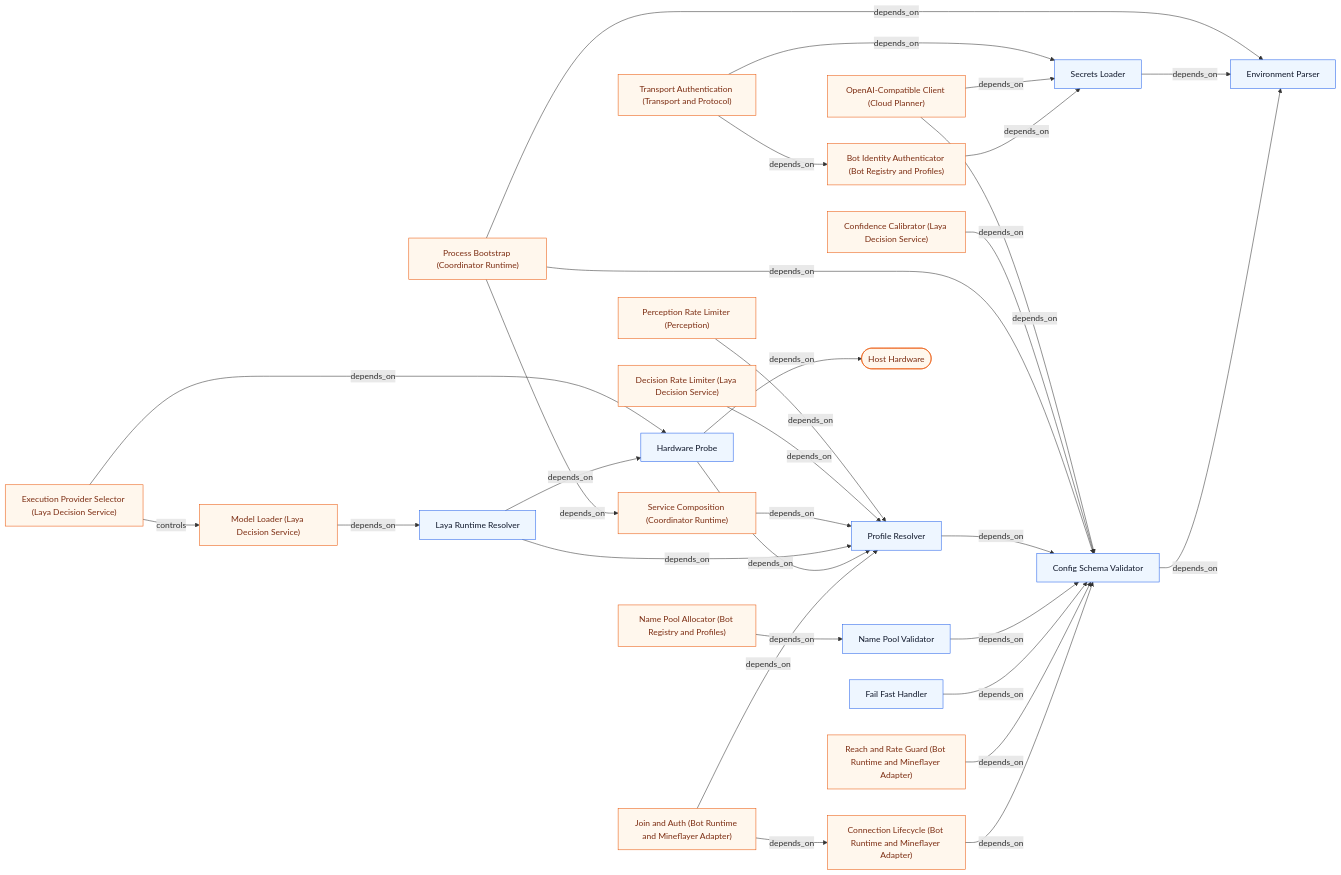
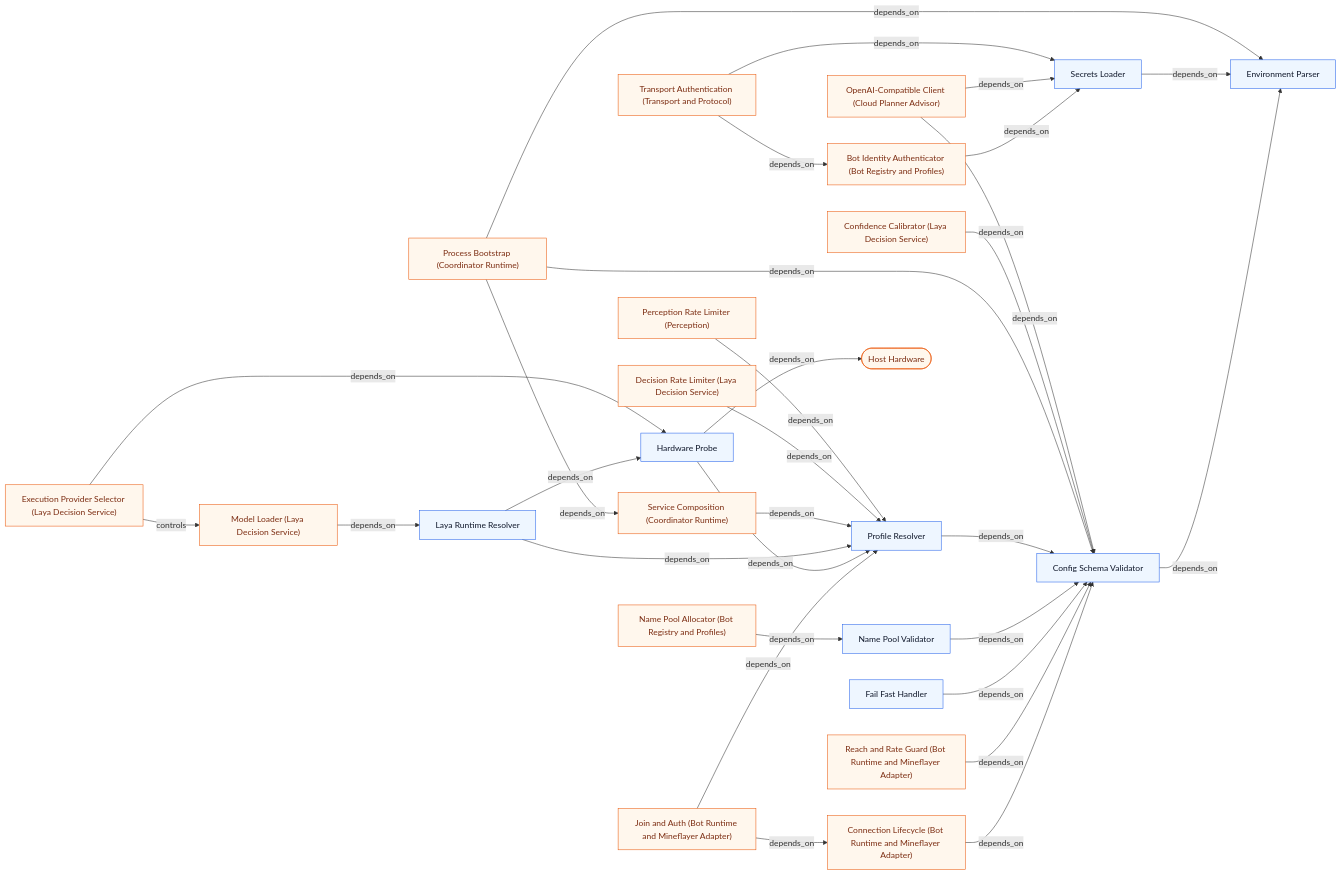
Before and after one commit to TICO-CO/TiCrafter: the diagram in docs/architecture/graphs/system-config.mmd, drawn with Mermaid. The commit also changed 80 other files, not shown here.

```diff
--- a/docs/architecture/graphs/system-config.mmd
+++ b/docs/architecture/graphs/system-config.mmd
@@ -1,57 +1,57 @@
 flowchart LR
-n142["Environment Parser"]
-n141["Config Schema Validator"]
-n147["Profile Resolver"]
-n225["Hardware Probe"]
-n157["Secrets Loader"]
-n204["Name Pool Validator"]
-n226["Laya Runtime Resolver"]
-n250["Fail Fast Handler"]
-n53["Connection Lifecycle (Bot Runtime and Mineflayer Adapter)"]
-n107["Join and Auth (Bot Runtime and Mineflayer Adapter)"]
-n108["Reach and Rate Guard (Bot Runtime and Mineflayer Adapter)"]
-n148["Bot Identity Authenticator (Bot Registry and Profiles)"]
-n203["Name Pool Allocator (Bot Registry and Profiles)"]
-n26(["Host Hardware"])
-n68["Process Bootstrap (Coordinator Runtime)"]
-n69["Service Composition (Coordinator Runtime)"]
-n38["Confidence Calibrator (Laya Decision Service)"]
-n34["Execution Provider Selector (Laya Decision Service)"]
-n33["Model Loader (Laya Decision Service)"]
-n73["Decision Rate Limiter (Laya Decision Service)"]
-n223["Perception Rate Limiter (Perception)"]
-n40["OpenAI-Compatible Client (Cloud Planner)"]
-n154["Transport Authentication (Transport and Protocol)"]
-n53 -->|depends_on| n141
-n107 -->|depends_on| n53
-n107 -->|depends_on| n147
-n108 -->|depends_on| n141
-n148 -->|depends_on| n157
-n203 -->|depends_on| n204
-n141 -->|depends_on| n142
-n250 -->|depends_on| n141
-n225 -->|depends_on| n147
-n225 -->|depends_on| n26
-n226 -->|depends_on| n225
-n226 -->|depends_on| n147
-n204 -->|depends_on| n141
-n147 -->|depends_on| n141
-n157 -->|depends_on| n142
-n68 -->|depends_on| n141
-n68 -->|depends_on| n142
-n68 -->|depends_on| n69
-n69 -->|depends_on| n147
-n38 -->|depends_on| n141
-n34 -->|depends_on| n225
-n34 -->|controls| n33
-n33 -->|depends_on| n226
-n73 -->|depends_on| n147
-n223 -->|depends_on| n147
-n40 -->|depends_on| n141
-n40 -->|depends_on| n157
-n154 -->|depends_on| n148
-n154 -->|depends_on| n157
+n147["Environment Parser"]
+n146["Config Schema Validator"]
+n152["Profile Resolver"]
+n234["Hardware Probe"]
+n162["Secrets Loader"]
+n212["Name Pool Validator"]
+n235["Laya Runtime Resolver"]
+n263["Fail Fast Handler"]
+n54["Connection Lifecycle (Bot Runtime and Mineflayer Adapter)"]
+n111["Join and Auth (Bot Runtime and Mineflayer Adapter)"]
+n112["Reach and Rate Guard (Bot Runtime and Mineflayer Adapter)"]
+n153["Bot Identity Authenticator (Bot Registry and Profiles)"]
+n211["Name Pool Allocator (Bot Registry and Profiles)"]
+n27(["Host Hardware"])
+n72["Process Bootstrap (Coordinator Runtime)"]
+n73["Service Composition (Coordinator Runtime)"]
+n39["Confidence Calibrator (Laya Decision Service)"]
+n35["Execution Provider Selector (Laya Decision Service)"]
+n34["Model Loader (Laya Decision Service)"]
+n77["Decision Rate Limiter (Laya Decision Service)"]
+n232["Perception Rate Limiter (Perception)"]
+n41["OpenAI-Compatible Client (Cloud Planner Advisor)"]
+n159["Transport Authentication (Transport and Protocol)"]
+n54 -->|depends_on| n146
+n111 -->|depends_on| n54
+n111 -->|depends_on| n152
+n112 -->|depends_on| n146
+n153 -->|depends_on| n162
+n211 -->|depends_on| n212
+n146 -->|depends_on| n147
+n263 -->|depends_on| n146
+n234 -->|depends_on| n152
+n234 -->|depends_on| n27
+n235 -->|depends_on| n234
+n235 -->|depends_on| n152
+n212 -->|depends_on| n146
+n152 -->|depends_on| n146
+n162 -->|depends_on| n147
+n72 -->|depends_on| n146
+n72 -->|depends_on| n147
+n72 -->|depends_on| n73
+n73 -->|depends_on| n152
+n39 -->|depends_on| n146
+n35 -->|depends_on| n234
+n35 -->|controls| n34
+n34 -->|depends_on| n235
+n77 -->|depends_on| n152
+n232 -->|depends_on| n152
+n41 -->|depends_on| n146
+n41 -->|depends_on| n162
+n159 -->|depends_on| n153
+n159 -->|depends_on| n162
 classDef internal fill:#eef6ff,stroke:#2563eb,color:#0f172a;
 classDef external fill:#fff7ed,stroke:#ea580c,color:#7c2d12;
-class n142,n141,n147,n225,n157,n204,n226,n250 internal;
-class n53,n107,n108,n148,n203,n68,n69,n38,n34,n33,n73,n223,n40,n154,n26 external;
+class n147,n146,n152,n234,n162,n212,n235,n263 internal;
+class n54,n111,n112,n153,n211,n72,n73,n39,n35,n34,n77,n232,n41,n159,n27 external;
```
